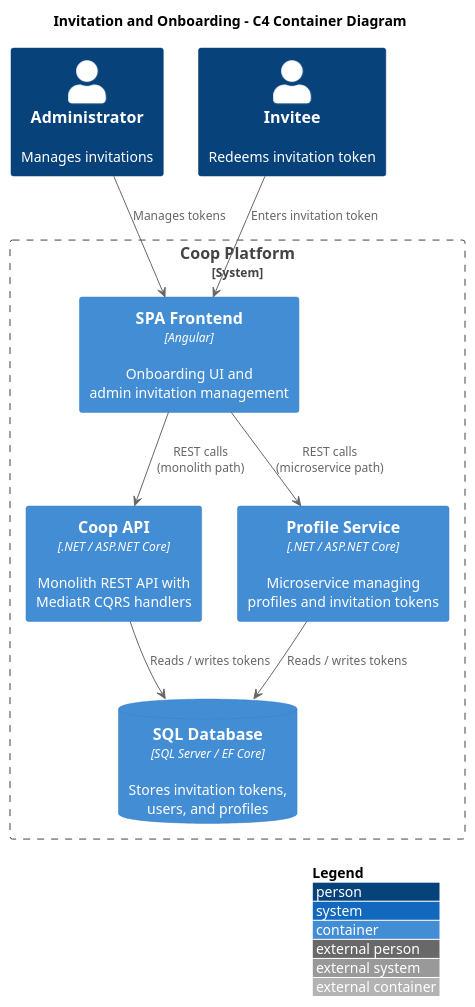
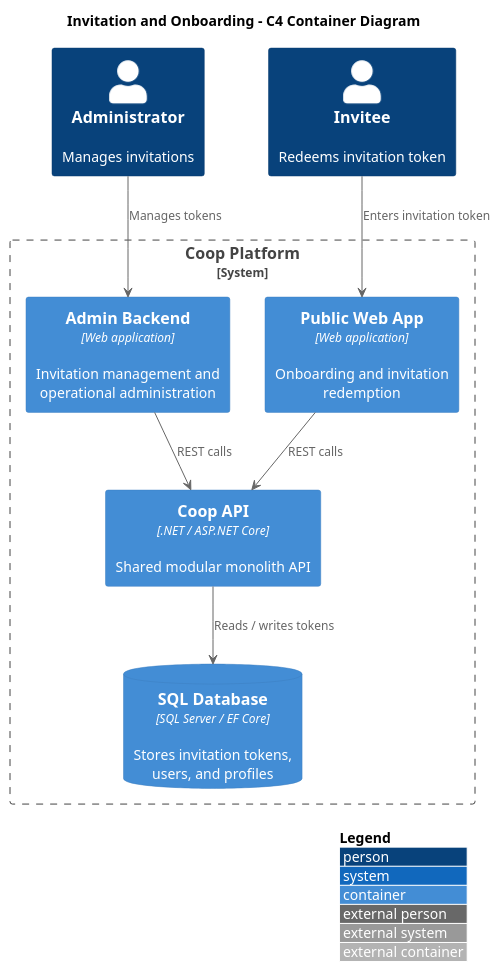
One commit to QuinntyneBrown/Coop changed the diagram in docs/detailed-designs/09-invitation-and-onboarding/c4-container.puml. Above: the diagram before and after it, drawn with PlantUML. The commit also changed 10 other files, not shown here.

Commit message:
Update PlantUML diagrams for messaging, onboarding, theme, and API layer

```diff
--- a/docs/detailed-designs/09-invitation-and-onboarding/c4-container.puml
+++ b/docs/detailed-designs/09-invitation-and-onboarding/c4-container.puml
@@ -1,29 +1,27 @@
 @startuml c4-container
 
 !include https://raw.githubusercontent.com/plantuml-stdlib/C4-PlantUML/master/C4_Container.puml
 
 LAYOUT_WITH_LEGEND()
 LAYOUT_TOP_DOWN()
 
 title Invitation and Onboarding - C4 Container Diagram
 
 Person(admin, "Administrator", "Manages invitations")
 Person(invitee, "Invitee", "Redeems invitation token")
 
 System_Boundary(coop, "Coop Platform") {
-    Container(spa, "SPA Frontend", "Angular", "Onboarding UI and\nadmin invitation management")
-    Container(api, "Coop API", ".NET / ASP.NET Core", "Monolith REST API with\nMediatR CQRS handlers")
-    Container(profileSvc, "Profile Service", ".NET / ASP.NET Core", "Microservice managing\nprofiles and invitation tokens")
-    ContainerDb(db, "SQL Database", "SQL Server / EF Core", "Stores invitation tokens,\nusers, and profiles")
+    Container(publicApp, "Public Web App", "Web application", "Onboarding and invitation redemption")
+    Container(adminApp, "Admin Backend", "Web application", "Invitation management and operational administration")
+    Container(api, "Coop API", ".NET / ASP.NET Core", "Shared modular monolith API")
+    ContainerDb(db, "SQL Database", "SQL Server / EF Core", "Stores invitation tokens, users, and profiles")
 }
 
-admin -down-> spa : Manages tokens
-invitee -down-> spa : Enters invitation token
+admin -down-> adminApp : Manages tokens
+invitee -down-> publicApp : Enters invitation token
 
-spa -down-> api : REST calls\n(monolith path)
-spa -down-> profileSvc : REST calls\n(microservice path)
-
+adminApp -down-> api : REST calls
+publicApp -down-> api : REST calls
 api -down-> db : Reads / writes tokens
-profileSvc -down-> db : Reads / writes tokens
 
 @enduml
```
